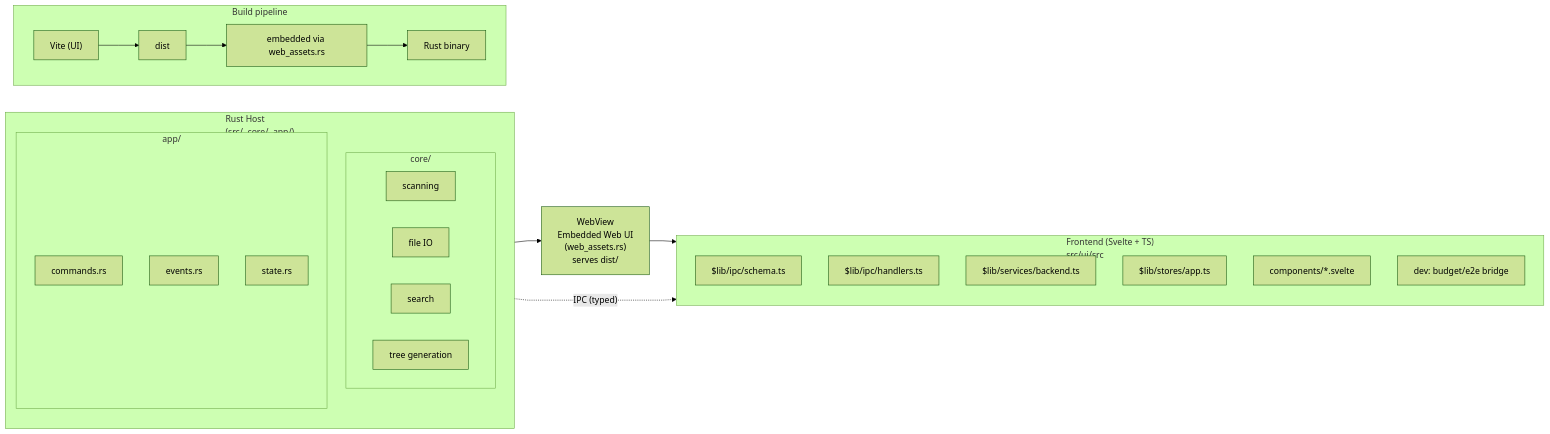
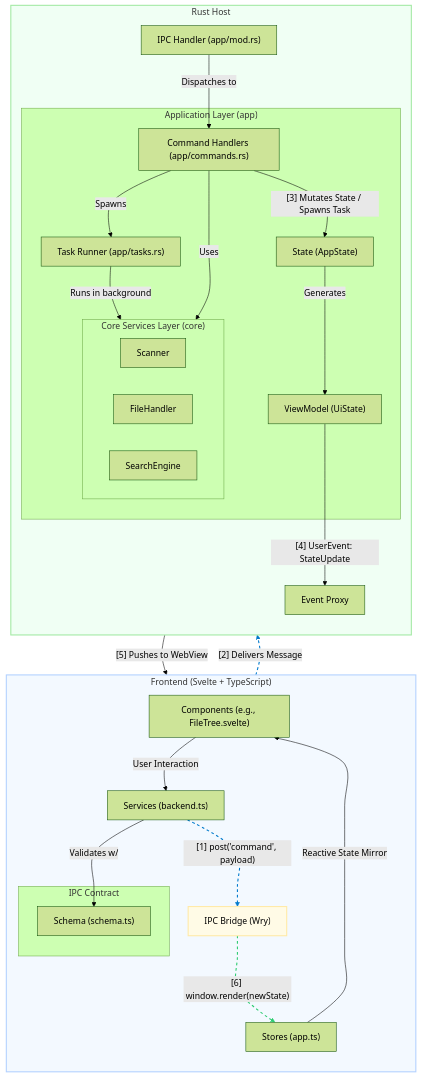
One commit to src-dbgr/context-file-concat changed the diagram in docs/architecture.md. Above: the diagram before and after it, drawn with Mermaid (forest theme). The commit also changed other lines of this file and 1 other file, not shown here.

Commit message:
add architecture info

````diff
--- a/docs/architecture.md
+++ b/docs/architecture.md
@@ -7,44 +20,59 @@
 ```mermaid
-flowchart LR
-  %% Layout hint
-  %%{init: {'flowchart': {'curve': 'linear'}} }%%
+graph TD
+    %%{init: {'flowchart': {'curve': 'catmullRom'}} }%%
 
-  subgraph HOST["Rust Host<br/>(src/, core/, app/)"]
-    direction TB
-    subgraph CORE["core/"]
-      A1["scanning"]
-      A2["file IO"]
-      A3["search"]
-      A4["tree generation"]
+    subgraph FE["Frontend (Svelte + TypeScript)"]
+        direction TB
+        C5["Components (e.g., FileTree.svelte)"] -- "User Interaction" --> C3["Services (backend.ts)"]
+        C3 -. "[1] post('command', payload)" .-> IPC
+        C4["Stores (app.ts)"] -- "Reactive State Mirror" --> C5
+
+        subgraph F_IPC ["IPC Contract"]
+           C1["Schema (schema.ts)"]
+        end
+        C3 -- "Validates w/" --> C1
     end
-    subgraph APP["app/"]
-      B1["commands.rs"]
-      B2["events.rs"]
-      B3["state.rs"]
+
+    IPC["IPC Bridge (Wry)"]
+    IPC -- "[2] Delivers Message" --> B1
+
+    subgraph HOST["Rust Host"]
+        direction TB
+        B1["IPC Handler (app/mod.rs)"] -- "Dispatches to" --> B2["Command Handlers (app/commands.rs)"]
+
+        subgraph APP ["Application Layer (app)"]
+            B2 -- "[3] Mutates State / Spawns Task" --> B3["State (AppState)"]
+            TASKS["Task Runner (app/tasks.rs)"] -- "Runs in background" --> CORE
+            B2 -- "Spawns" --> TASKS
+            B3 -- "Generates" --> VM["ViewModel (UiState)"]
+        end
+
+        subgraph CORE ["Core Services Layer (core)"]
+            A1["Scanner"]
+            A2["FileHandler"]
+            A3["SearchEngine"]
+        end
+
+        B2 -- "Uses" --> CORE
+        VM -- "[4] UserEvent: StateUpdate" --> EV["Event Proxy"]
+        EV -- "[5] Pushes to WebView" --> IPC
     end
-  end
 
-  WV["WebView<br/>Embedded Web UI<br/>(web_assets.rs)<br/>serves dist/"]
+    IPC -. "[6] window.render(newState)" .-> C4
 
-  subgraph FE["Frontend (Svelte + TS)<br/>src/ui/src"]
-    direction TB
-    C1["$lib/ipc/schema.ts"]
-    C2["$lib/ipc/handlers.ts"]
-    C3["$lib/services/backend.ts"]
-    C4["$lib/stores/app.ts"]
-    C5["components/*.svelte"]
-    C6["dev: budget/e2e bridge"]
-  end
+    %% Style the two primary IPC flows for visual distinction
+    %% Command Flow (UI -> Host) is blue
+    linkStyle 1 stroke:#007acc,stroke-width:2px,stroke-dasharray:5 5
+    linkStyle 4 stroke:#007acc,stroke-width:2px,stroke-dasharray:5 5
 
-  %% Main loading path
-  B3 --> WV --> C5
+    %% State Update Flow (Host -> UI) is green
+    linkStyle 13 stroke:#2ecc71,stroke-width:2px,stroke-dasharray:5 5
 
-  %% Typed IPC bridge
-  B1 -. "IPC (typed)" .-> C3
+    classDef fe fill:#f3f9ff,stroke:#b3d1ff,stroke-width:2px;
+    classDef host fill:#f0fff4,stroke:#a3e9a4,stroke-width:2px;
+    classDef ipc fill:#fffbe6,stroke:#ffeaa7,stroke-width:2px;
 
-  %% Build pipeline note
-  subgraph BUILD["Build pipeline"]
-    direction LR
-    D1["Vite (UI)"] --> D2["dist"] --> D3["embedded via web_assets.rs"] --> D4["Rust binary"]
-  end
+    class FE fe;
+    class HOST host;
+    class IPC ipc;
 ```
````
